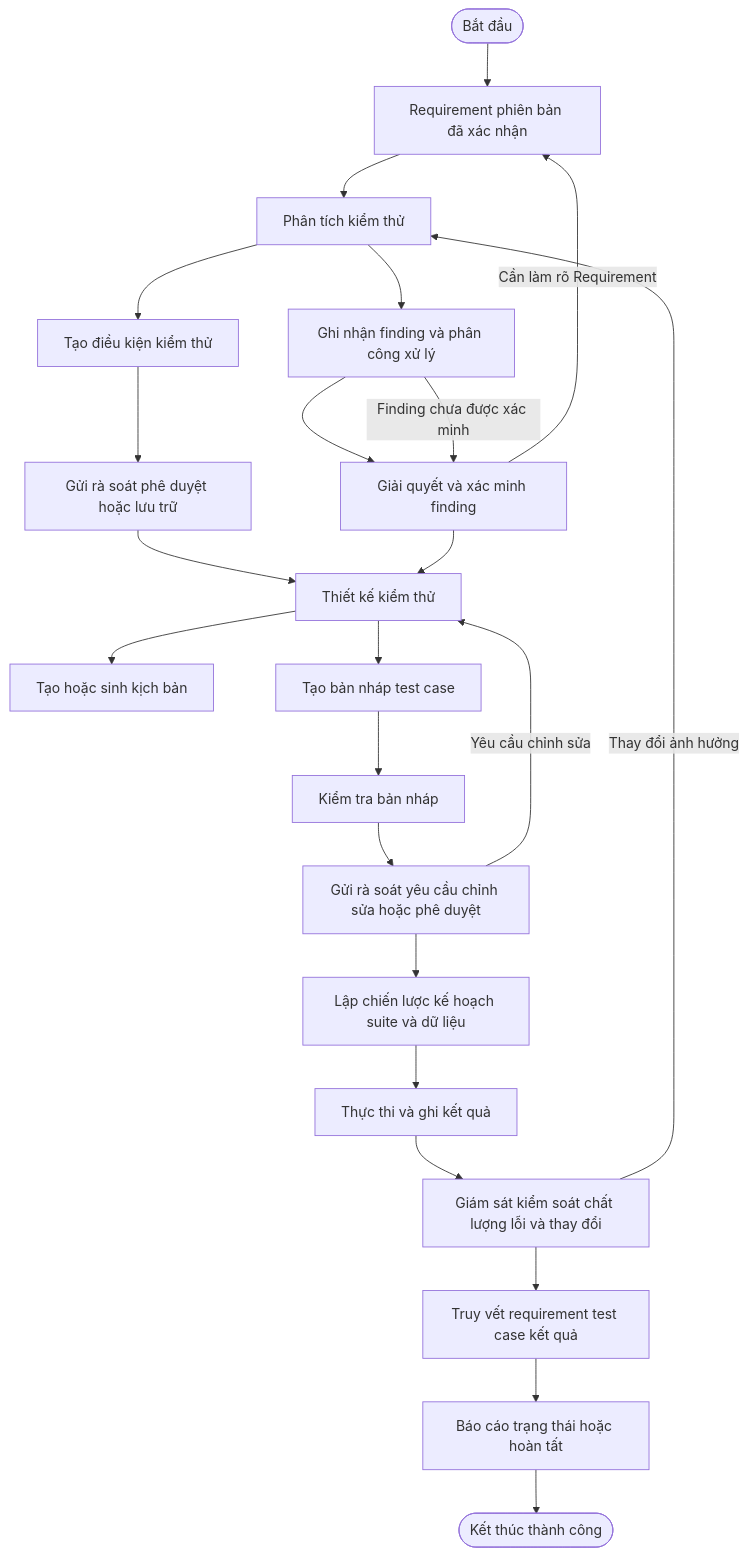
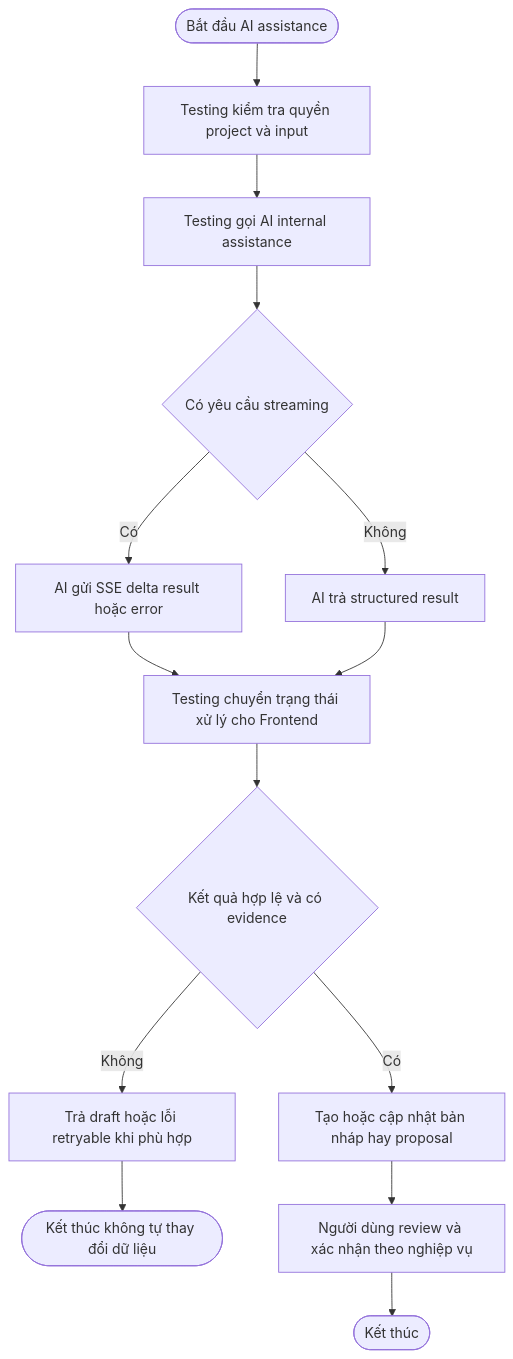
One commit to MinTruqday/Veriq changed the eighth of 10 diagrams in docs/kien-truc/FRAMEWORK_VERIQ.md. Above: the diagram before and after it, drawn with Mermaid. The commit also changed other lines of this file and 16 other files, not shown here.

````diff
--- a/docs/kien-truc/FRAMEWORK_VERIQ.md
+++ b/docs/kien-truc/FRAMEWORK_VERIQ.md
@@ -171,26 +297,16 @@
 ```mermaid
 flowchart TD
-    S([Bắt đầu]) --> R[Requirement phiên bản đã xác nhận]
-    R --> A[Phân tích kiểm thử]
-    A --> A1[Tạo điều kiện kiểm thử]
-    A --> A2[Ghi nhận finding và phân công xử lý]
-    A1 --> A3[Gửi rà soát phê duyệt hoặc lưu trữ]
-    A2 --> A4[Giải quyết và xác minh finding]
-    A3 --> D[Thiết kế kiểm thử]
-    A4 --> D
-    D --> D1[Tạo hoặc sinh kịch bản]
-    D --> D2[Tạo bản nháp test case]
-    D2 --> D3[Kiểm tra bản nháp]
-    D3 --> D4[Gửi rà soát yêu cầu chỉnh sửa hoặc phê duyệt]
-    D4 --> P[Lập chiến lược kế hoạch suite và dữ liệu]
-    P --> E[Thực thi và ghi kết quả]
-    E --> Q[Giám sát kiểm soát chất lượng lỗi và thay đổi]
-    Q --> T[Truy vết requirement test case kết quả]
-    T --> O[Báo cáo trạng thái hoặc hoàn tất]
-    O --> E1([Kết thúc thành công])
-
-    Q -->|Thay đổi ảnh hưởng| A
-    A2 -->|Finding chưa được xác minh| A4
-    A4 -->|Cần làm rõ Requirement| R
-    D4 -->|Yêu cầu chỉnh sửa| D
+    S([Bắt đầu AI assistance]) --> A[Testing kiểm tra quyền project và input]
+    A --> B[Testing gọi AI internal assistance]
+    B --> C{Có yêu cầu streaming}
+    C -->|Có| D[AI gửi SSE delta result hoặc error]
+    C -->|Không| E[AI trả structured result]
+    D --> F[Testing chuyển trạng thái xử lý cho Frontend]
+    E --> F
+    F --> G{Kết quả hợp lệ và có evidence}
+    G -->|Không| H[Trả draft hoặc lỗi retryable khi phù hợp]
+    H --> X1([Kết thúc không tự thay đổi dữ liệu])
+    G -->|Có| I[Tạo hoặc cập nhật bản nháp hay proposal]
+    I --> J[Người dùng review và xác nhận theo nghiệp vụ]
+    J --> X2([Kết thúc])
 ```
````
